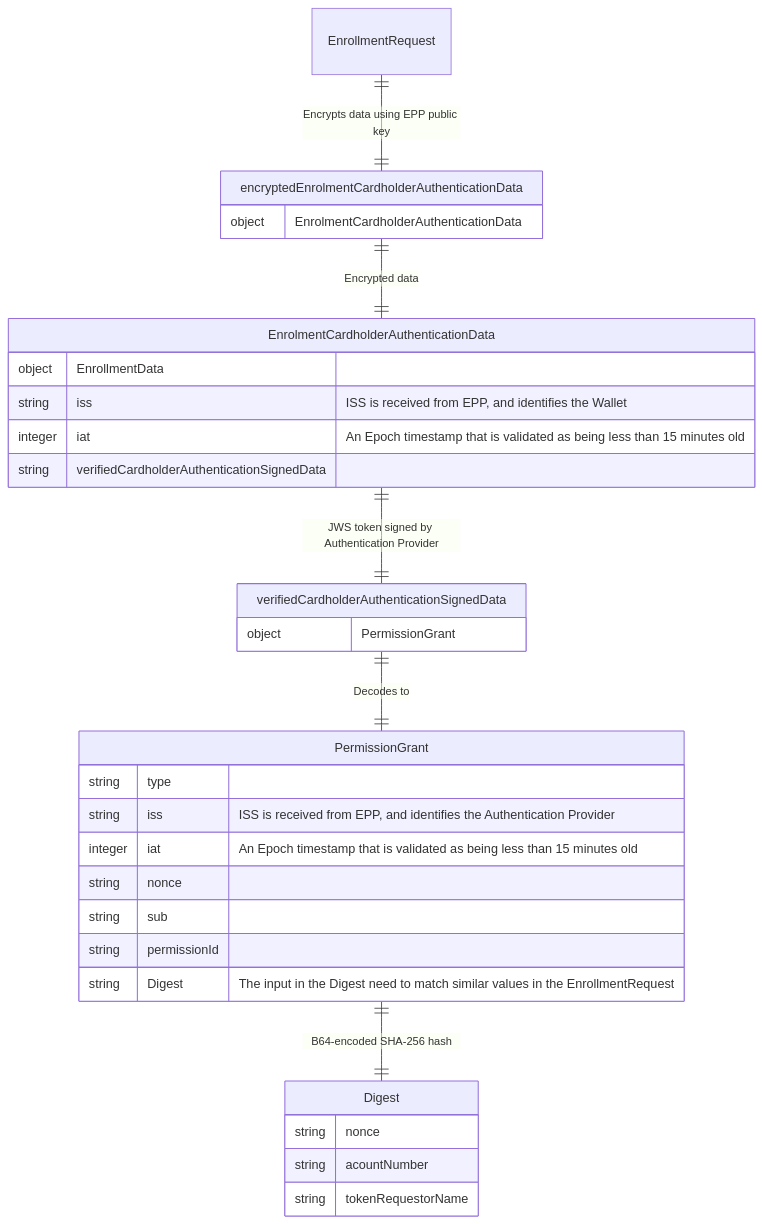
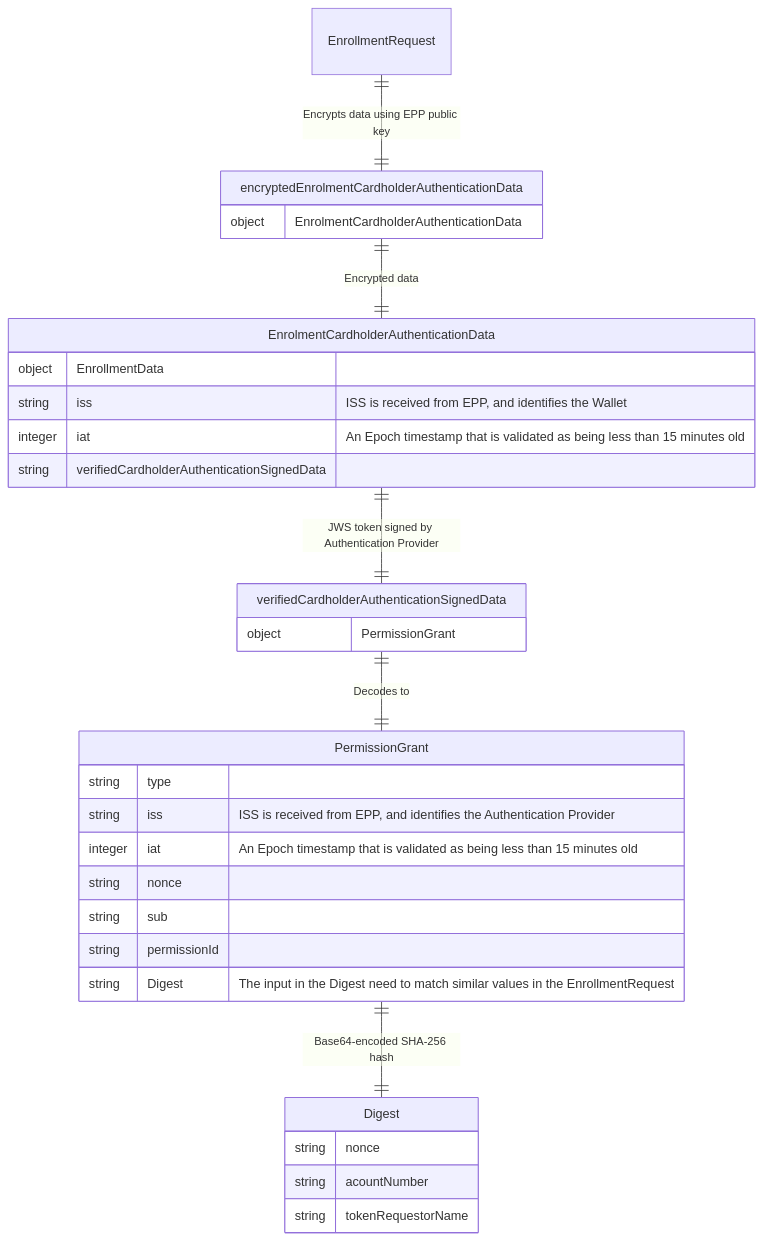
Before and after one commit to BankAxept/bankaxept-epayment-development-kit: the fourth of 4 diagrams in docs/authentication_interoperability.md, drawn with Mermaid. The commit also changed other lines of this file and 5 other files, not shown here.

````diff
--- a/docs/authentication_interoperability.md
+++ b/docs/authentication_interoperability.md
@@ -118,48 +119,48 @@
 ```mermaid
 %%{init: {
   "theme": "default",
   "themeCSS": [
     ".er.relationshipLabel { fill: black; }", 
     ".er.relationshipLabelBox { fill: white; }", 
     ".er.entityBox { fill: lightgray; }",
     "[id^=entity-EnrollmentRequest] .er.entityBox { fill: lightgreen;} ",
     "[id^=entity-encryptedEnrolmentCardholderAuthenticationData] .er.entityBox { fill: lightgreen;} ",
     "[id^=entity-EnrolmentCardholderAuthenticationData] .er.entityBox { fill: lightgreen;} ",
     "[id^=entity-verifiedCardholderAuthenticationSignedData] .er.entityBox { fill: powderblue;} ",
     "[id^=entity-PermissionGrant] .er.entityBox { fill: powderblue;} ",
     "[id^=entity-Digest] .er.entityBox { fill: powderblue;} "
     ]
 }}%%
 erDiagram
     EnrollmentRequest ||--|| encryptedEnrolmentCardholderAuthenticationData : "Encrypts data using EPP public key"
     encryptedEnrolmentCardholderAuthenticationData {
         object EnrolmentCardholderAuthenticationData
         
     }
     encryptedEnrolmentCardholderAuthenticationData ||--|| EnrolmentCardholderAuthenticationData : "Encrypted data"
     EnrolmentCardholderAuthenticationData ||--|| verifiedCardholderAuthenticationSignedData : "JWS token signed by Authentication Provider"
     EnrolmentCardholderAuthenticationData {
         object EnrollmentData
         string iss "ISS is received from EPP, and identifies the Wallet"
         integer iat "An Epoch timestamp that is validated as being less than 15 minutes old"
         string verifiedCardholderAuthenticationSignedData
     }
     verifiedCardholderAuthenticationSignedData {
         object PermissionGrant
     }
     verifiedCardholderAuthenticationSignedData ||--|| PermissionGrant : "Decodes to"
-    PermissionGrant ||--|| Digest : "B64-encoded SHA-256 hash"
+    PermissionGrant ||--|| Digest : "Base64-encoded SHA-256 hash"
     PermissionGrant {
         string type
         string iss "ISS is received from EPP, and identifies the Authentication Provider"
         integer iat "An Epoch timestamp that is validated as being less than 15 minutes old"
         string nonce
         string sub
         string permissionId
         string Digest "The input in the Digest need to match similar values in the EnrollmentRequest"    }
     Digest {
       string nonce
       string acountNumber
       string tokenRequestorName
     }
 ```
````
